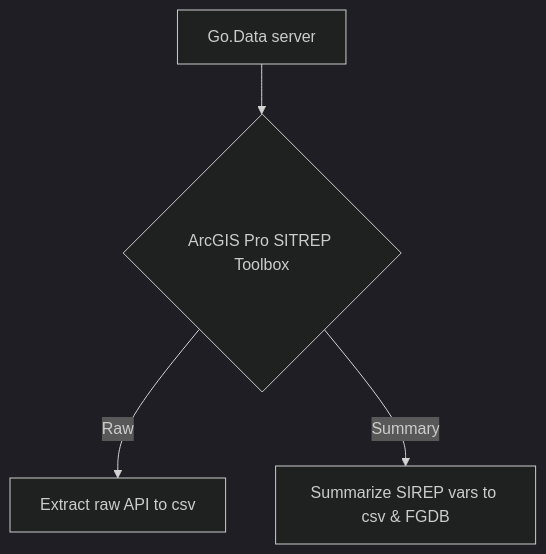
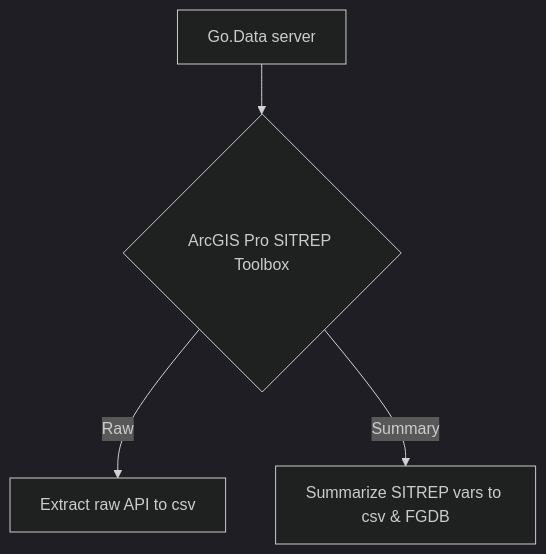
The diagram in README.md (LangsterGA/mermaid), drawn with Mermaid (dark theme) before and after one commit.

````diff
--- a/README.md
+++ b/README.md
@@ -6,6 +6,6 @@
 ```mermaid
   graph TD
     A[Go.Data server]--> B{ArcGIS Pro SITREP Toolbox};
     B -->|Raw| C[Extract raw API to csv];
-    B --> |Summary| D[Summarize SIREP vars to csv & FGDB];
+    B --> |Summary| D[Summarize SITREP vars to csv & FGDB];
 ```
````
